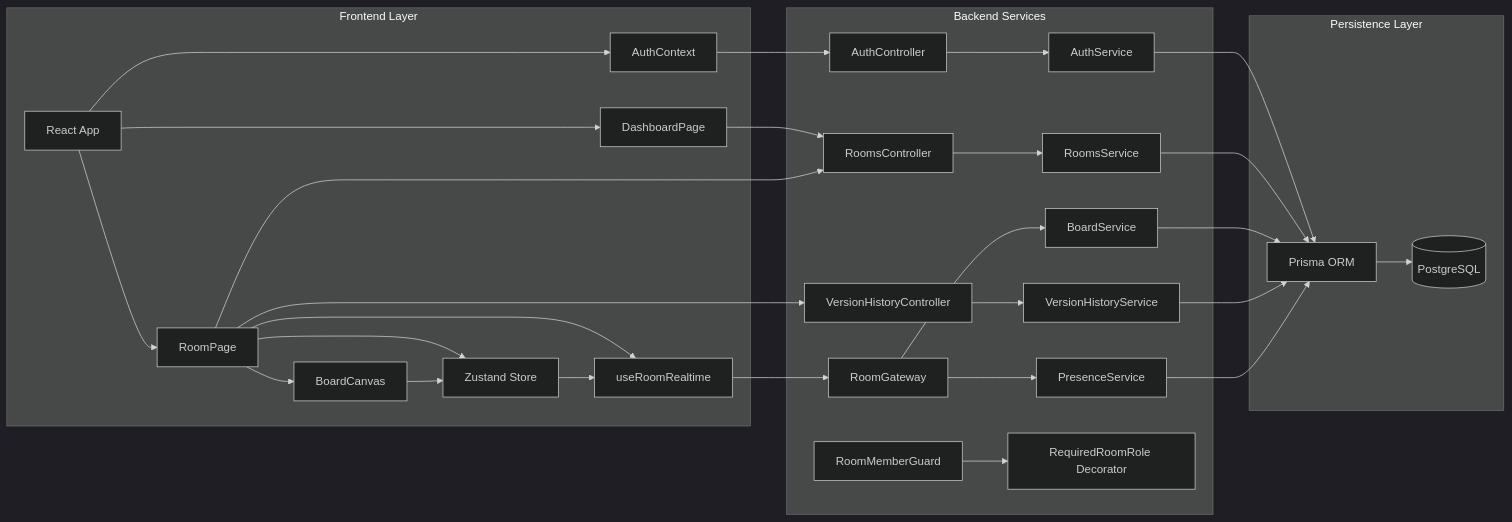
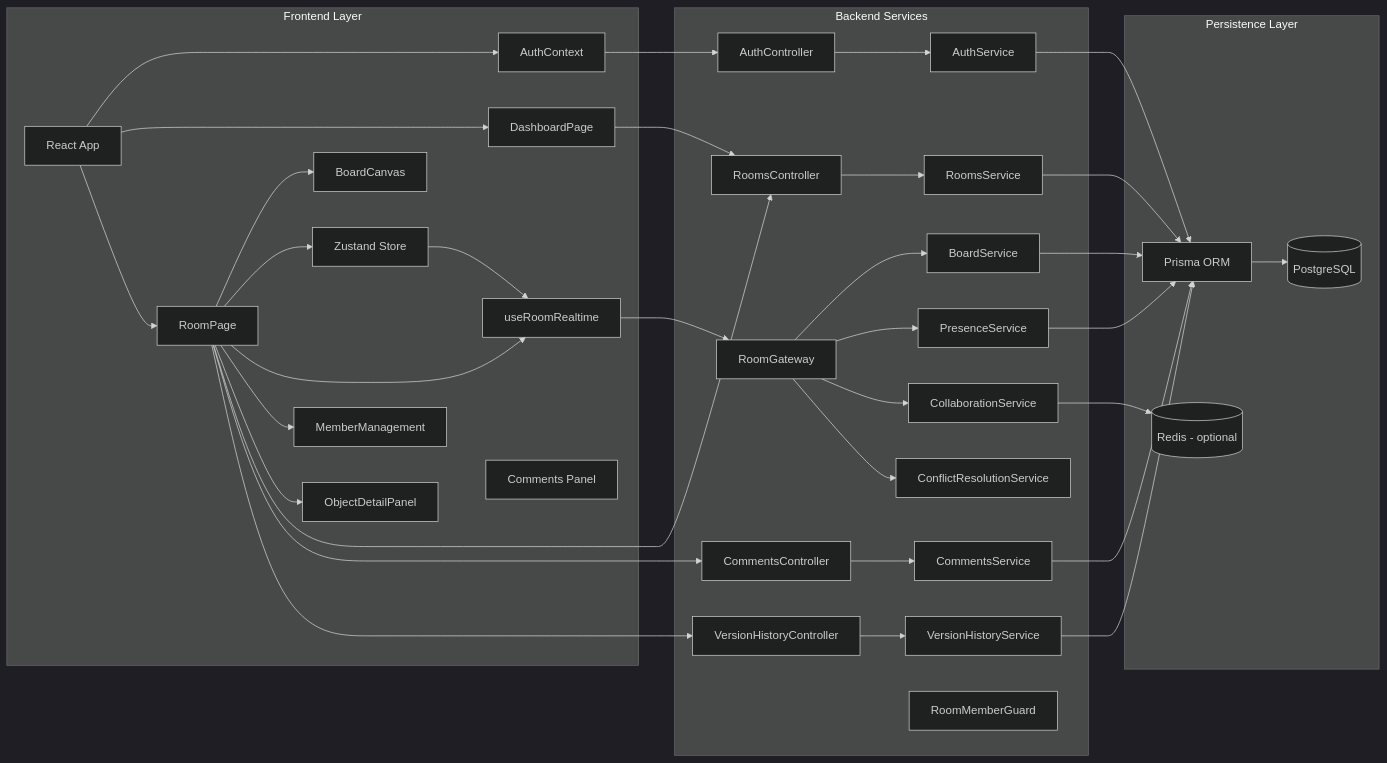
One commit to phapsucongu/white-board changed the first of 12 diagrams in REPO_REPORT.md. Above: the diagram before and after it, drawn with Mermaid (dark theme). The commit also changed other lines of this file and 6 other files, not shown here.

````diff
--- a/REPO_REPORT.md
+++ b/REPO_REPORT.md
@@ -97,57 +136,70 @@
 ```mermaid
 flowchart LR
   subgraph Client[Frontend Layer]
     A[React App]
     B[AuthContext]
     C[DashboardPage]
     D[RoomPage]
     E[BoardCanvas]
     F[Zustand Store]
     G[useRoomRealtime]
+    H[MemberManagement]
+    I[ObjectDetailPanel]
+    J[Comments Panel]
   end
 
   subgraph Backend[Backend Services]
-    H[AuthController]
-    I[RoomsController]
-    J[VersionHistoryController]
-    K[RoomGateway]
-    L[AuthService]
-    M[RoomsService]
-    N[BoardService]
-    O[VersionHistoryService]
-    P[PresenceService]
-    Q[RoomMemberGuard]
-    R[RequiredRoomRole Decorator]
+    K[AuthController]
+    L[RoomsController]
+    M[CommentsController]
+    N[VersionHistoryController]
+    O[RoomGateway]
+    P[AuthService]
+    Q[RoomsService]
+    R[CommentsService]
+    S[BoardService]
+    T[VersionHistoryService]
+    U[PresenceService]
+    V[CollaborationService]
+    W[ConflictResolutionService]
+    X[RoomMemberGuard]
   end
 
   subgraph Data[Persistence Layer]
-    S[(PostgreSQL)]
-    T[Prisma ORM]
+    Y[(PostgreSQL)]
+    Z[Prisma ORM]
+    RDS[(Redis - optional)]
   end
 
   A --> B
   A --> C
   A --> D
   D --> E
   D --> F
   D --> G
-  E --> F
+  D --> H
+  D --> I
   F --> G
-  B --> H
-  C --> I
-  D --> I
-  D --> J
-  G --> K
-  H --> L
-  I --> M
-  J --> O
-  K --> N
+  B --> K
+  C --> L
+  D --> L
+  D --> M
+  D --> N
+  G --> O
   K --> P
-  Q --> R
-  L --> T
-  M --> T
+  L --> Q
+  M --> R
   N --> T
-  O --> T
-  P --> T
-  T --> S
+  O --> S
+  O --> U
+  O --> V
+  O --> W
+  P --> Z
+  Q --> Z
+  R --> Z
+  S --> Z
+  T --> Z
+  U --> Z
+  V --> RDS
+  Z --> Y
 ```
````
